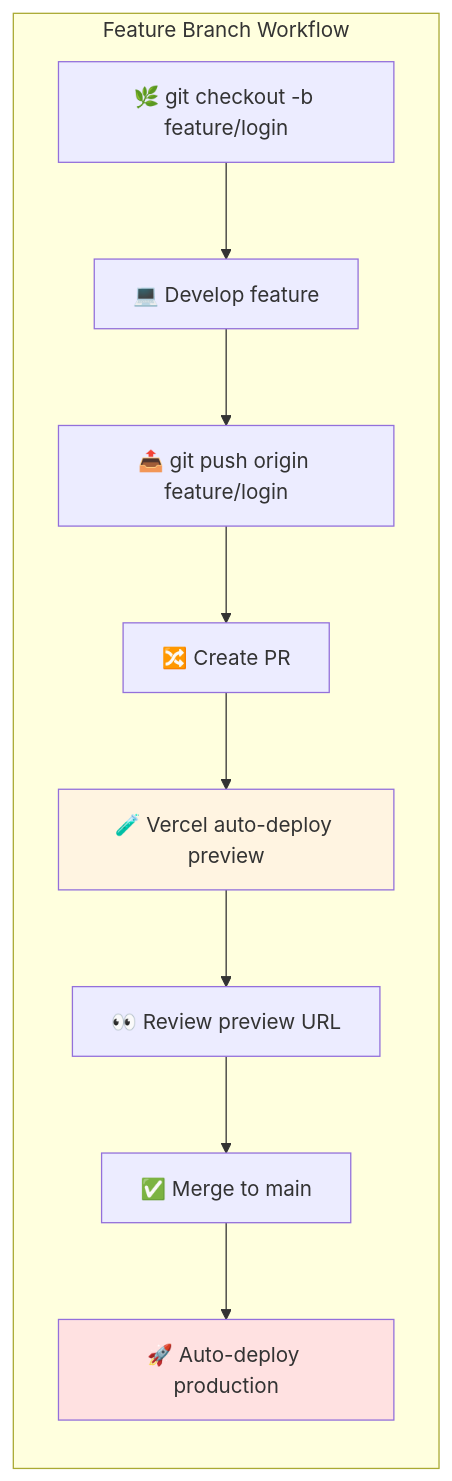
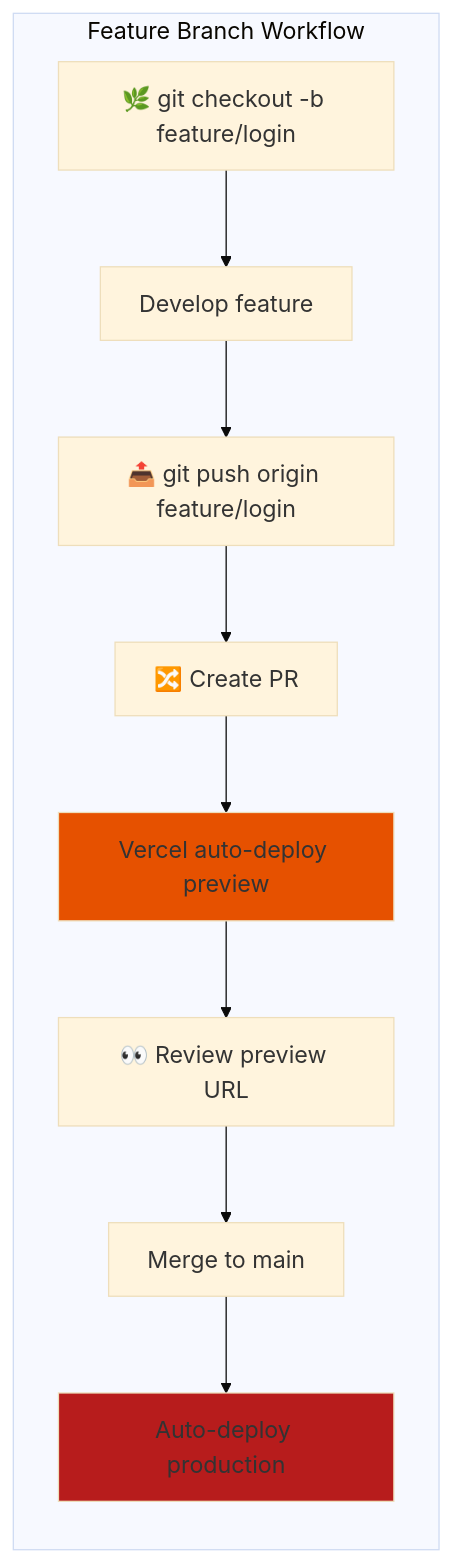
The seventh of 12 diagrams in courses/🟡-development/FPUNA-2026/01-DESARROLLO-SOFTWARE/especializaciones/web-development/05-despliegue-ia.md (Ai-Whisperers/Courses-Content), drawn with Mermaid before and after one commit. The commit also changed other lines of this file and 47 other files, not shown here.

First line of the commit message:
fix: Make all 473 diagrams WCAG AAA accessible (FPUNA-2026)

````diff
--- a/courses/🟡-development/FPUNA-2026/01-DESARROLLO-SOFTWARE/especializaciones/web-development/05-despliegue-ia.md
+++ b/courses/🟡-development/FPUNA-2026/01-DESARROLLO-SOFTWARE/especializaciones/web-development/05-despliegue-ia.md
@@ -283,20 +289,21 @@
 ```mermaid
+%%{init: {'theme':'base', 'themeVariables': {'fontSize':'18px'}}}%%
 graph LR
     subgraph "Feature Branch Workflow"
         A[🌿 git checkout -b feature/login]
-        B[💻 Develop feature]
+        B[Develop feature]
         C[📤 git push origin feature/login]
         D[🔀 Create PR]
-        E[🧪 Vercel auto-deploy preview]
+        E[Vercel auto-deploy preview]
         F[👀 Review preview URL]
-        G[✅ Merge to main]
-        H[🚀 Auto-deploy production]
+        G[Merge to main]
+        H[Auto-deploy production]
         
         A --> B --> C --> D
         D --> E --> F
         F --> G --> H
     end
     
-    style E fill:#FFF4E1
-    style H fill:#FFE1E1
+    style E fill:#e65100
+    style H fill:#b71c1c
 ```
````
